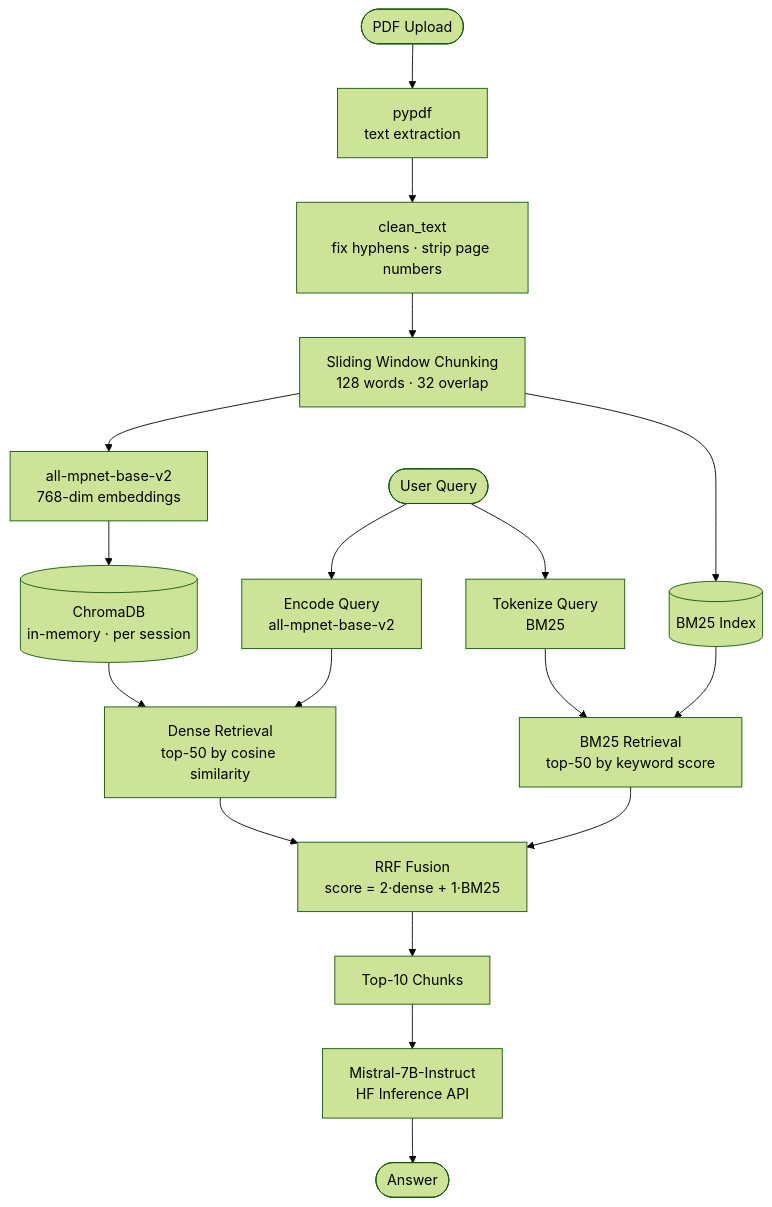
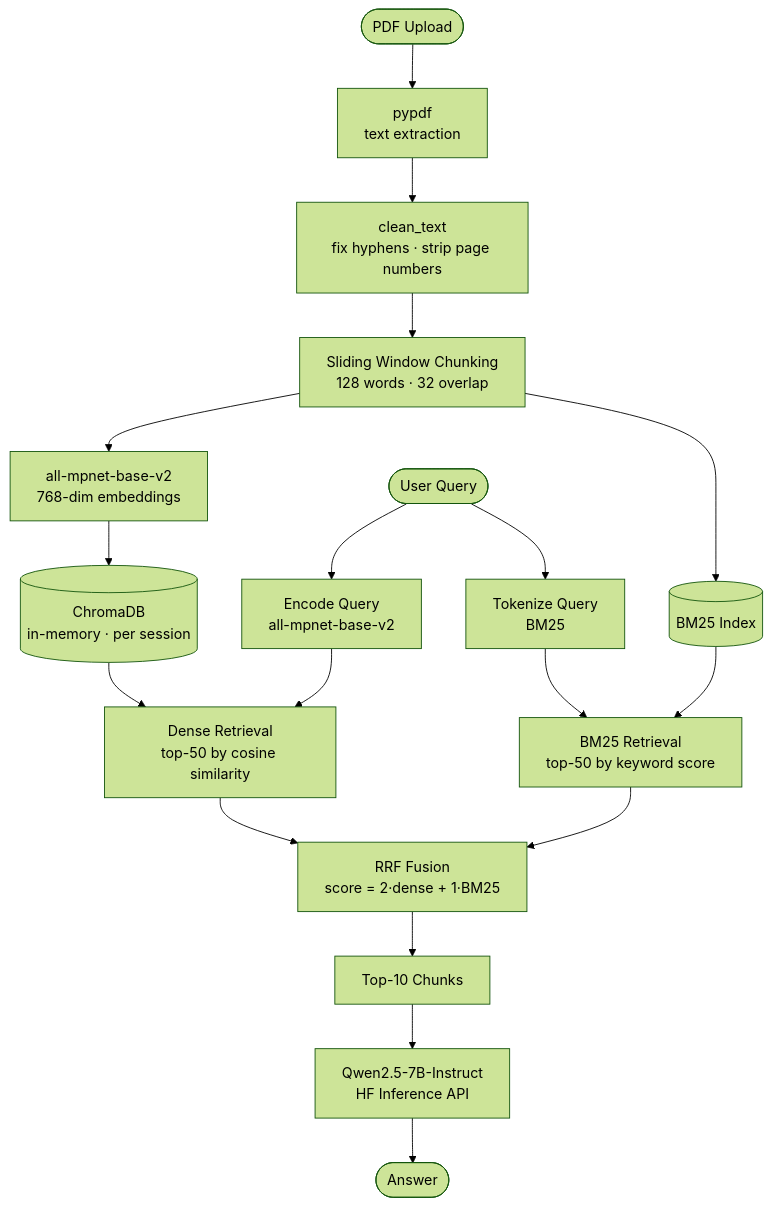
Before and after one commit to sumanthvelagala/document-rag: the first of 2 diagrams in README.md, drawn with Mermaid (forest theme). The commit also changed other lines of this file and 2 other files, not shown here.

Commit message:
Switch LLM to Mistral-7B-Instruct-v0.1 on hf-inference (free tier)

````diff
--- a/README.md
+++ b/README.md
@@ -17,23 +17,23 @@
 ```mermaid
 flowchart TD
     A([PDF Upload]) --> B[pypdf\ntext extraction]
     B --> C[clean_text\nfix hyphens · strip page numbers]
     C --> D[Sliding Window Chunking\n128 words · 32 overlap]
     D --> E[all-mpnet-base-v2\n768-dim embeddings]
     D --> G[(BM25 Index)]
     E --> F[(ChromaDB\nin-memory · per session)]
 
     Q([User Query]) --> QE[Encode Query\nall-mpnet-base-v2]
     Q --> QB[Tokenize Query\nBM25]
 
     QE --> DR[Dense Retrieval\ntop-50 by cosine similarity]
     QB --> BR[BM25 Retrieval\ntop-50 by keyword score]
     F --> DR
     G --> BR
 
     DR --> RRF[RRF Fusion\nscore = 2·dense + 1·BM25]
     BR --> RRF
     RRF --> TOP[Top-10 Chunks]
-    TOP --> LLM[Mistral-7B-Instruct\nHF Inference API]
+    TOP --> LLM[Qwen2.5-7B-Instruct\nHF Inference API]
     LLM --> ANS([Answer])
 ```
````
